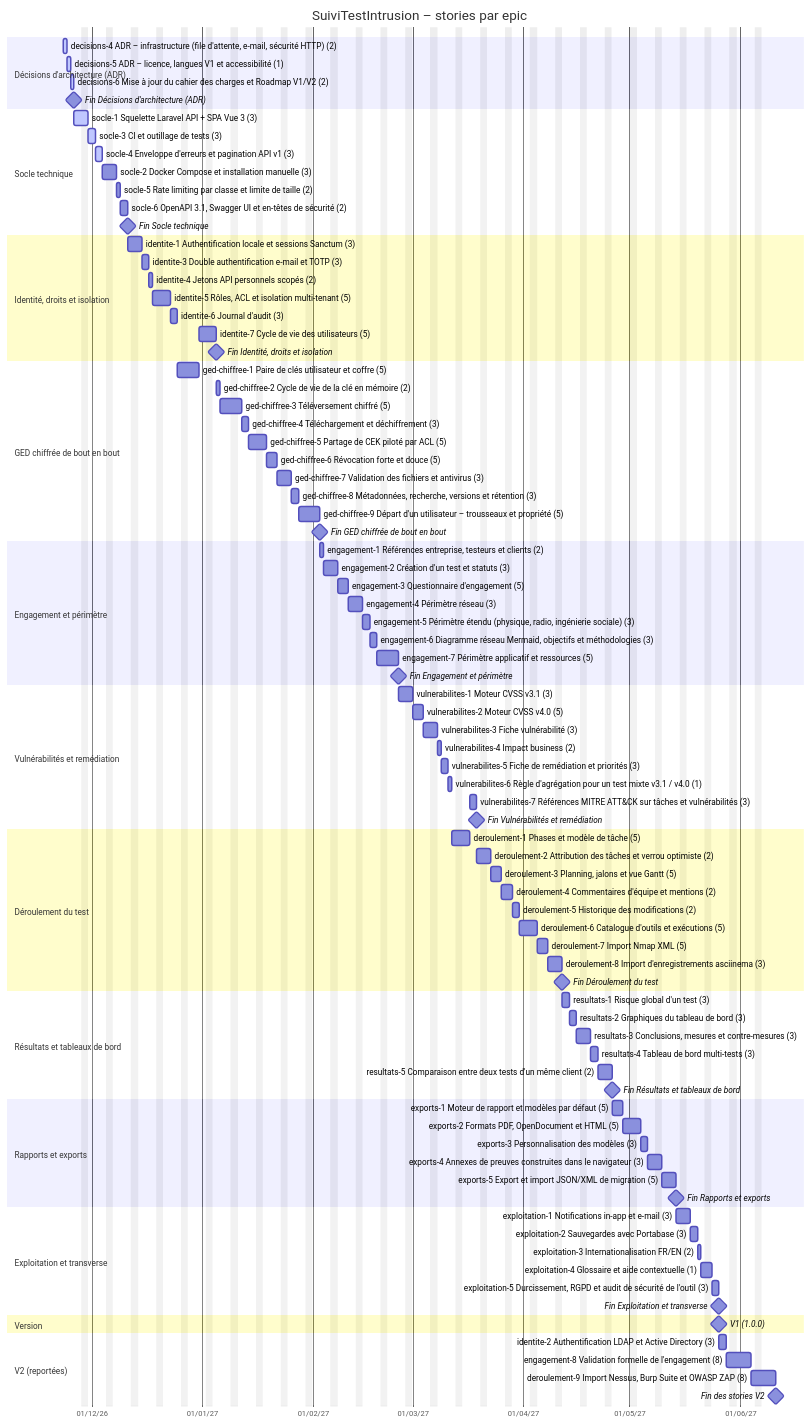
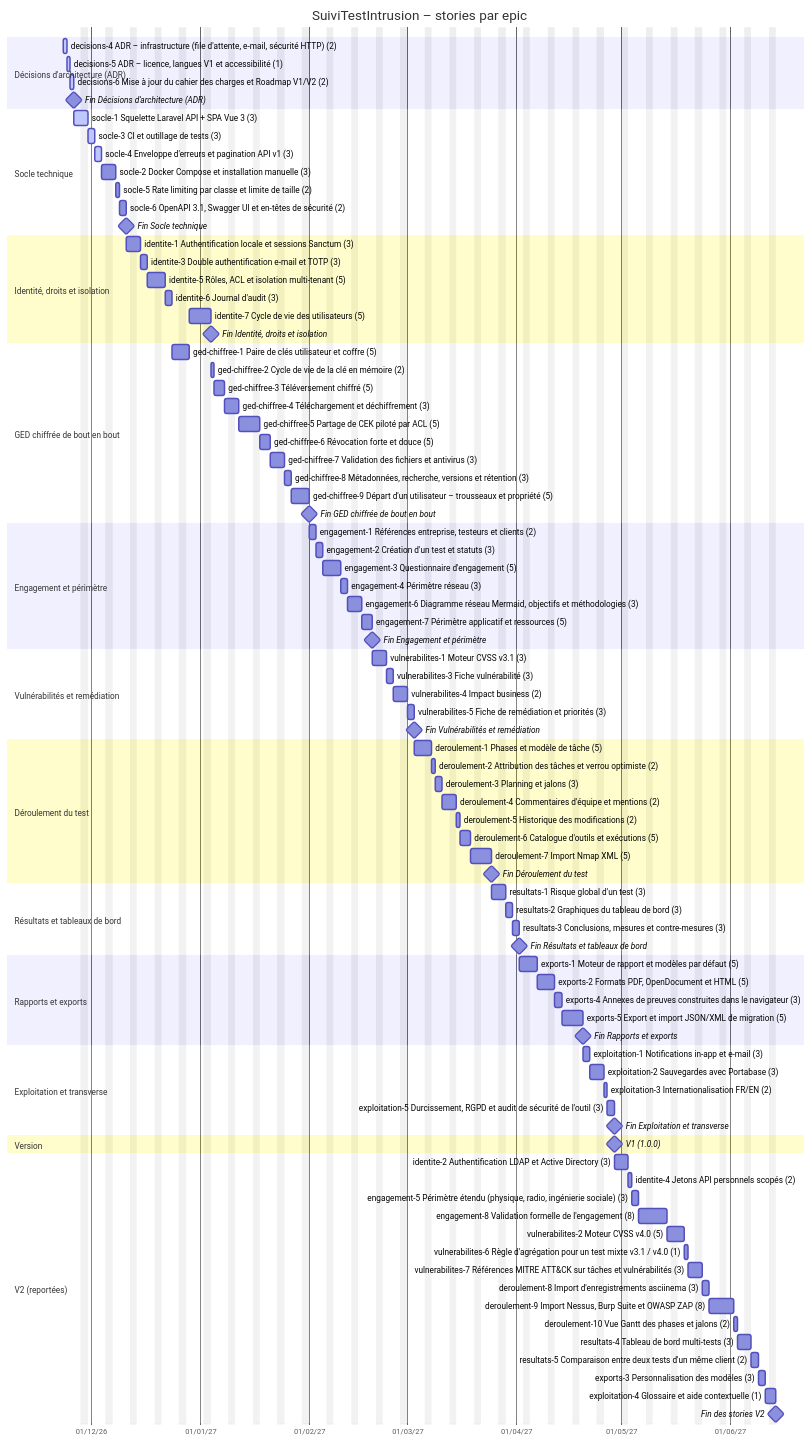
The second of 2 diagrams in docs/20-29 Développement/22 Planification/22.01 Planification du développement.md (ILPlais/SuiviTestIntrusion), drawn with Mermaid before and after one commit. The commit also changed other lines of this file and 39 other files, not shown here.

````diff
--- a/docs/20-29 Développement/22 Planification/22.01 Planification du développement.md
+++ b/docs/20-29 Développement/22 Planification/22.01 Planification du développement.md
@@ -63,76 +93,77 @@
     section Identité, droits et isolation
     identite-1 Authentification locale et sessions Sanctum (3) :identite_1, 2026-12-11, 2026-12-15
     identite-3 Double authentification e-mail et TOTP (3) :identite_3, 2026-12-15, 2026-12-17
-    identite-4 Jetons API personnels scopés (2) :identite_4, 2026-12-17, 2026-12-18
-    identite-5 Rôles, ACL et isolation multi-tenant (5) :identite_5, 2026-12-18, 2026-12-23
-    identite-6 Journal d'audit (3) :identite_6, 2026-12-23, 2026-12-25
-    identite-7 Cycle de vie des utilisateurs (5) :identite_7, 2026-12-31, 2027-01-05
-    Fin Identité, droits et isolation :milestone, m_identite, 2027-01-05, 0d
+    identite-5 Rôles, ACL et isolation multi-tenant (5) :identite_5, 2026-12-17, 2026-12-22
+    identite-6 Journal d'audit (3) :identite_6, 2026-12-22, 2026-12-24
+    identite-7 Cycle de vie des utilisateurs (5) :identite_7, 2026-12-29, 2027-01-04
+    Fin Identité, droits et isolation :milestone, m_identite, 2027-01-04, 0d
     section GED chiffrée de bout en bout
-    ged-chiffree-1 Paire de clés utilisateur et coffre (5) :ged_chiffree_1, 2026-12-25, 2026-12-31
-    ged-chiffree-2 Cycle de vie de la clé en mémoire (2) :ged_chiffree_2, 2027-01-05, 2027-01-06
-    ged-chiffree-3 Téléversement chiffré (5) :ged_chiffree_3, 2027-01-06, 2027-01-12
-    ged-chiffree-4 Téléchargement et déchiffrement (3) :ged_chiffree_4, 2027-01-12, 2027-01-14
-    ged-chiffree-5 Partage de CEK piloté par ACL (5) :ged_chiffree_5, 2027-01-14, 2027-01-19
-    ged-chiffree-6 Révocation forte et douce (5) :ged_chiffree_6, 2027-01-19, 2027-01-22
-    ged-chiffree-7 Validation des fichiers et antivirus (3) :ged_chiffree_7, 2027-01-22, 2027-01-26
-    ged-chiffree-8 Métadonnées, recherche, versions et rétention (3) :ged_chiffree_8, 2027-01-26, 2027-01-28
-    ged-chiffree-9 Départ d'un utilisateur – trousseaux et propriété (5) :ged_chiffree_9, 2027-01-28, 2027-02-03
-    Fin GED chiffrée de bout en bout :milestone, m_ged_chiffree, 2027-02-03, 0d
+    ged-chiffree-1 Paire de clés utilisateur et coffre (5) :ged_chiffree_1, 2026-12-24, 2026-12-29
+    ged-chiffree-2 Cycle de vie de la clé en mémoire (2) :ged_chiffree_2, 2027-01-04, 2027-01-05
+    ged-chiffree-3 Téléversement chiffré (5) :ged_chiffree_3, 2027-01-05, 2027-01-08
+    ged-chiffree-4 Téléchargement et déchiffrement (3) :ged_chiffree_4, 2027-01-08, 2027-01-12
+    ged-chiffree-5 Partage de CEK piloté par ACL (5) :ged_chiffree_5, 2027-01-12, 2027-01-18
+    ged-chiffree-6 Révocation forte et douce (5) :ged_chiffree_6, 2027-01-18, 2027-01-21
+    ged-chiffree-7 Validation des fichiers et antivirus (3) :ged_chiffree_7, 2027-01-21, 2027-01-25
+    ged-chiffree-8 Métadonnées, recherche, versions et rétention (3) :ged_chiffree_8, 2027-01-25, 2027-01-27
+    ged-chiffree-9 Départ d'un utilisateur – trousseaux et propriété (5) :ged_chiffree_9, 2027-01-27, 2027-02-01
+    Fin GED chiffrée de bout en bout :milestone, m_ged_chiffree, 2027-02-01, 0d
     section Engagement et périmètre
-    engagement-1 Références entreprise, testeurs et clients (2) :engagement_1, 2027-02-03, 2027-02-04
-    engagement-2 Création d'un test et statuts (3) :engagement_2, 2027-02-04, 2027-02-08
-    engagement-3 Questionnaire d'engagement (5) :engagement_3, 2027-02-08, 2027-02-11
-    engagement-4 Périmètre réseau (3) :engagement_4, 2027-02-11, 2027-02-15
-    engagement-5 Périmètre étendu (physique, radio, ingénierie sociale) (3) :engagement_5, 2027-02-15, 2027-02-17
-    engagement-6 Diagramme réseau Mermaid, objectifs et méthodologies (3) :engagement_6, 2027-02-17, 2027-02-19
-    engagement-7 Périmètre applicatif et ressources (5) :engagement_7, 2027-02-19, 2027-02-25
-    Fin Engagement et périmètre :milestone, m_engagement, 2027-02-25, 0d
+    engagement-1 Références entreprise, testeurs et clients (2) :engagement_1, 2027-02-01, 2027-02-03
+    engagement-2 Création d'un test et statuts (3) :engagement_2, 2027-02-03, 2027-02-05
+    engagement-3 Questionnaire d'engagement (5) :engagement_3, 2027-02-05, 2027-02-10
+    engagement-4 Périmètre réseau (3) :engagement_4, 2027-02-10, 2027-02-12
+    engagement-6 Diagramme réseau Mermaid, objectifs et méthodologies (3) :engagement_6, 2027-02-12, 2027-02-16
+    engagement-7 Périmètre applicatif et ressources (5) :engagement_7, 2027-02-16, 2027-02-19
+    Fin Engagement et périmètre :milestone, m_engagement, 2027-02-19, 0d
     section Vulnérabilités et remédiation
-    vulnerabilites-1 Moteur CVSS v3.1 (3) :vulnerabilites_1, 2027-02-25, 2027-03-01
-    vulnerabilites-2 Moteur CVSS v4.0 (5) :vulnerabilites_2, 2027-03-01, 2027-03-04
-    vulnerabilites-3 Fiche vulnérabilité (3) :vulnerabilites_3, 2027-03-04, 2027-03-08
-    vulnerabilites-4 Impact business (2) :vulnerabilites_4, 2027-03-08, 2027-03-09
-    vulnerabilites-5 Fiche de remédiation et priorités (3) :vulnerabilites_5, 2027-03-09, 2027-03-11
-    vulnerabilites-6 Règle d'agrégation pour un test mixte v3.1 / v4.0 (1) :vulnerabilites_6, 2027-03-11, 2027-03-12
-    vulnerabilites-7 Références MITRE ATT&CK sur tâches et vulnérabilités (3) :vulnerabilites_7, 2027-03-17, 2027-03-19
-    Fin Vulnérabilités et remédiation :milestone, m_vulnerabilites, 2027-03-19, 0d
+    vulnerabilites-1 Moteur CVSS v3.1 (3) :vulnerabilites_1, 2027-02-19, 2027-02-23
+    vulnerabilites-3 Fiche vulnérabilité (3) :vulnerabilites_3, 2027-02-23, 2027-02-25
+    vulnerabilites-4 Impact business (2) :vulnerabilites_4, 2027-02-25, 2027-03-01
+    vulnerabilites-5 Fiche de remédiation et priorités (3) :vulnerabilites_5, 2027-03-01, 2027-03-03
+    Fin Vulnérabilités et remédiation :milestone, m_vulnerabilites, 2027-03-03, 0d
     section Déroulement du test
-    deroulement-1 Phases et modèle de tâche (5) :deroulement_1, 2027-03-12, 2027-03-17
-    deroulement-2 Attribution des tâches et verrou optimiste (2) :deroulement_2, 2027-03-19, 2027-03-23
-    deroulement-3 Planning, jalons et vue Gantt (5) :deroulement_3, 2027-03-23, 2027-03-26
-    deroulement-4 Commentaires d'équipe et mentions (2) :deroulement_4, 2027-03-26, 2027-03-29
-    deroulement-5 Historique des modifications (2) :deroulement_5, 2027-03-29, 2027-03-31
-    deroulement-6 Catalogue d'outils et exécutions (5) :deroulement_6, 2027-03-31, 2027-04-05
-    deroulement-7 Import Nmap XML (5) :deroulement_7, 2027-04-05, 2027-04-08
-    deroulement-8 Import d'enregistrements asciinema (3) :deroulement_8, 2027-04-08, 2027-04-12
-    Fin Déroulement du test :milestone, m_deroulement, 2027-04-12, 0d
+    deroulement-1 Phases et modèle de tâche (5) :deroulement_1, 2027-03-03, 2027-03-08
+    deroulement-2 Attribution des tâches et verrou optimiste (2) :deroulement_2, 2027-03-08, 2027-03-09
+    deroulement-3 Planning et jalons (3) :deroulement_3, 2027-03-09, 2027-03-11
+    deroulement-4 Commentaires d'équipe et mentions (2) :deroulement_4, 2027-03-11, 2027-03-15
+    deroulement-5 Historique des modifications (2) :deroulement_5, 2027-03-15, 2027-03-16
+    deroulement-6 Catalogue d'outils et exécutions (5) :deroulement_6, 2027-03-16, 2027-03-19
+    deroulement-7 Import Nmap XML (5) :deroulement_7, 2027-03-19, 2027-03-25
+    Fin Déroulement du test :milestone, m_deroulement, 2027-03-25, 0d
     section Résultats et tableaux de bord
-    resultats-1 Risque global d'un test (3) :resultats_1, 2027-04-12, 2027-04-14
-    resultats-2 Graphiques du tableau de bord (3) :resultats_2, 2027-04-14, 2027-04-16
-    resultats-3 Conclusions, mesures et contre-mesures (3) :resultats_3, 2027-04-16, 2027-04-20
-    resultats-4 Tableau de bord multi-tests (3) :resultats_4, 2027-04-20, 2027-04-22
-    resultats-5 Comparaison entre deux tests d'un même client (2) :resultats_5, 2027-04-22, 2027-04-26
-    Fin Résultats et tableaux de bord :milestone, m_resultats, 2027-04-26, 0d
+    resultats-1 Risque global d'un test (3) :resultats_1, 2027-03-25, 2027-03-29
+    resultats-2 Graphiques du tableau de bord (3) :resultats_2, 2027-03-29, 2027-03-31
+    resultats-3 Conclusions, mesures et contre-mesures (3) :resultats_3, 2027-03-31, 2027-04-02
+    Fin Résultats et tableaux de bord :milestone, m_resultats, 2027-04-02, 0d
     section Rapports et exports
-    exports-1 Moteur de rapport et modèles par défaut (5) :exports_1, 2027-04-26, 2027-04-29
-    exports-2 Formats PDF, OpenDocument et HTML (5) :exports_2, 2027-04-29, 2027-05-04
-    exports-3 Personnalisation des modèles (3) :exports_3, 2027-05-04, 2027-05-06
-    exports-4 Annexes de preuves construites dans le navigateur (3) :exports_4, 2027-05-06, 2027-05-10
-    exports-5 Export et import JSON/XML de migration (5) :exports_5, 2027-05-10, 2027-05-14
-    Fin Rapports et exports :milestone, m_exports, 2027-05-14, 0d
+    exports-1 Moteur de rapport et modèles par défaut (5) :exports_1, 2027-04-02, 2027-04-07
+    exports-2 Formats PDF, OpenDocument et HTML (5) :exports_2, 2027-04-07, 2027-04-12
+    exports-4 Annexes de preuves construites dans le navigateur (3) :exports_4, 2027-04-12, 2027-04-14
+    exports-5 Export et import JSON/XML de migration (5) :exports_5, 2027-04-14, 2027-04-20
+    Fin Rapports et exports :milestone, m_exports, 2027-04-20, 0d
     section Exploitation et transverse
-    exploitation-1 Notifications in-app et e-mail (3) :exploitation_1, 2027-05-14, 2027-05-18
-    exploitation-2 Sauvegardes avec Portabase (3) :exploitation_2, 2027-05-18, 2027-05-20
-    exploitation-3 Internationalisation FR/EN (2) :exploitation_3, 2027-05-20, 2027-05-21
-    exploitation-4 Glossaire et aide contextuelle (1) :exploitation_4, 2027-05-21, 2027-05-24
-    exploitation-5 Durcissement, RGPD et audit de sécurité de l'outil (3) :exploitation_5, 2027-05-24, 2027-05-26
-    Fin Exploitation et transverse :milestone, m_exploitation, 2027-05-26, 0d
+    exploitation-1 Notifications in-app et e-mail (3) :exploitation_1, 2027-04-20, 2027-04-22
+    exploitation-2 Sauvegardes avec Portabase (3) :exploitation_2, 2027-04-22, 2027-04-26
+    exploitation-3 Internationalisation FR/EN (2) :exploitation_3, 2027-04-26, 2027-04-27
+    exploitation-5 Durcissement, RGPD et audit de sécurité de l'outil (3) :exploitation_5, 2027-04-27, 2027-04-29
+    Fin Exploitation et transverse :milestone, m_exploitation, 2027-04-29, 0d
     section Version
-    V1 (1.0.0) :milestone, v1d, 2027-05-26, 0d
+    V1 (1.0.0) :milestone, v1d, 2027-04-29, 0d
     section V2 (reportées)
-    identite-2 Authentification LDAP et Active Directory (3) :identite_2, 2027-05-26, 2027-05-28
-    engagement-8 Validation formelle de l'engagement (8) :engagement_8, 2027-05-28, 2027-06-04
-    deroulement-9 Import Nessus, Burp Suite et OWASP ZAP (8) :deroulement_9, 2027-06-04, 2027-06-11
-    Fin des stories V2 :milestone, v2d, 2027-06-11, 0d
+    identite-2 Authentification LDAP et Active Directory (3) :identite_2, 2027-04-29, 2027-05-03
+    identite-4 Jetons API personnels scopés (2) :identite_4, 2027-05-03, 2027-05-04
+    engagement-5 Périmètre étendu (physique, radio, ingénierie sociale) (3) :engagement_5, 2027-05-04, 2027-05-06
+    engagement-8 Validation formelle de l'engagement (8) :engagement_8, 2027-05-06, 2027-05-14
+    vulnerabilites-2 Moteur CVSS v4.0 (5) :vulnerabilites_2, 2027-05-14, 2027-05-19
+    vulnerabilites-6 Règle d'agrégation pour un test mixte v3.1 / v4.0 (1) :vulnerabilites_6, 2027-05-19, 2027-05-20
+    vulnerabilites-7 Références MITRE ATT&CK sur tâches et vulnérabilités (3) :vulnerabilites_7, 2027-05-20, 2027-05-24
+    deroulement-8 Import d'enregistrements asciinema (3) :deroulement_8, 2027-05-24, 2027-05-26
+    deroulement-9 Import Nessus, Burp Suite et OWASP ZAP (8) :deroulement_9, 2027-05-26, 2027-06-02
+    deroulement-10 Vue Gantt des phases et jalons (2) :deroulement_10, 2027-06-02, 2027-06-03
+    resultats-4 Tableau de bord multi-tests (3) :resultats_4, 2027-06-03, 2027-06-07
+    resultats-5 Comparaison entre deux tests d'un même client (2) :resultats_5, 2027-06-07, 2027-06-09
+    exports-3 Personnalisation des modèles (3) :exports_3, 2027-06-09, 2027-06-11
+    exploitation-4 Glossaire et aide contextuelle (1) :exploitation_4, 2027-06-11, 2027-06-14
+    Fin des stories V2 :milestone, v2d, 2027-06-14, 0d
 ```
````
